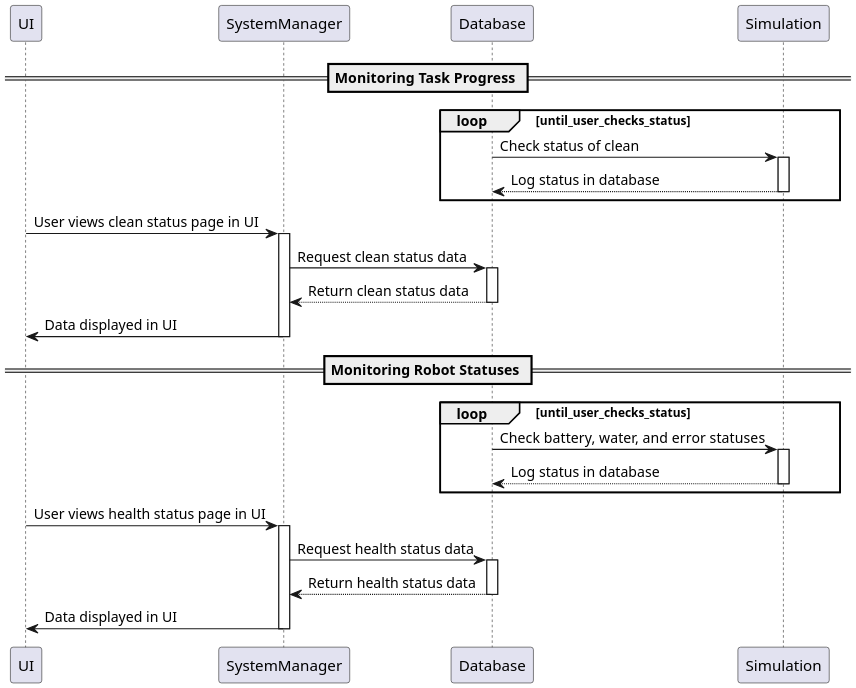
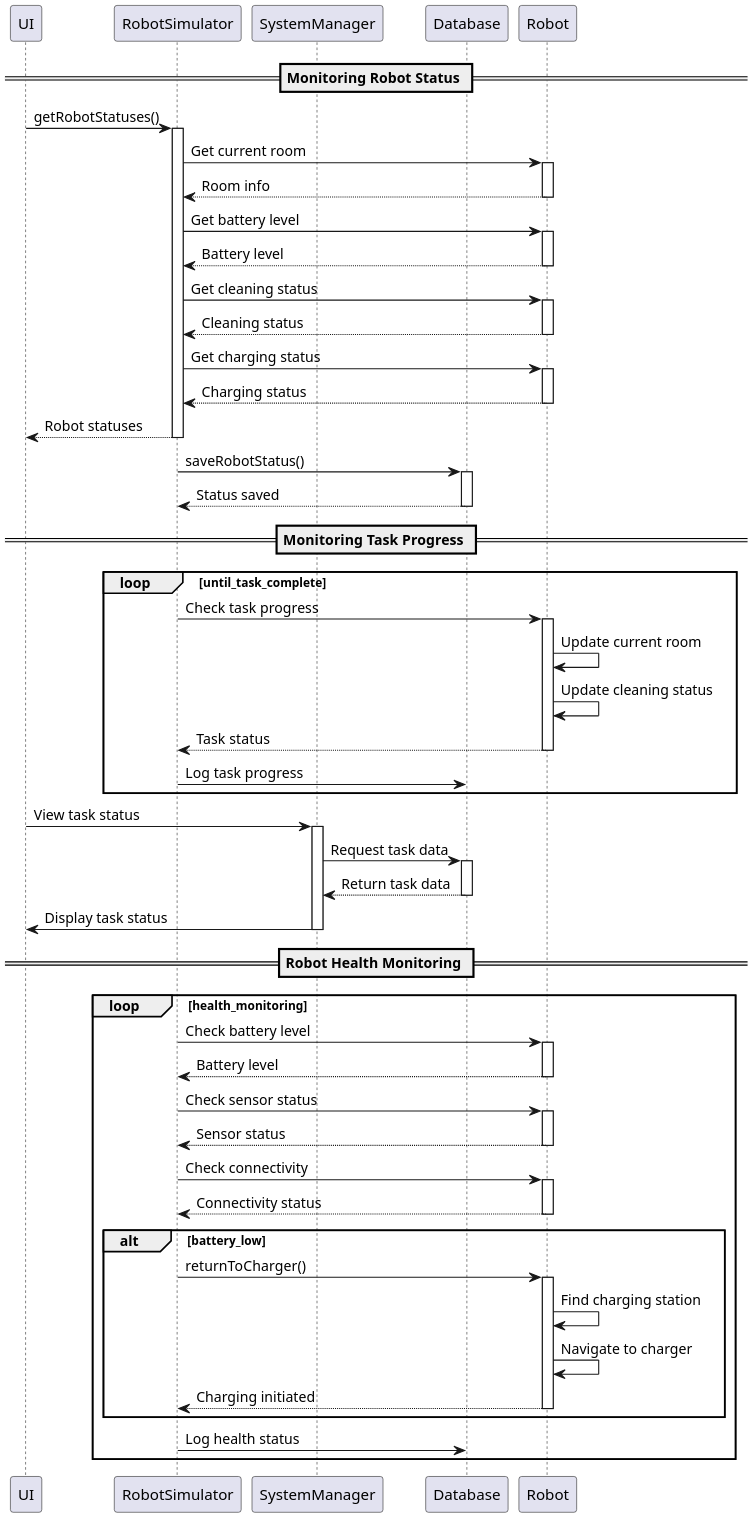
One commit to ur-swe-fa24/main-project-winners-inc changed the diagram in docs/design/SequenceDiagrams/SequenceDiagram_MonitoringStatus.puml. Above: the diagram before and after it, drawn with PlantUML. The commit also changed 19 other files, not shown here.

First line of the commit message:
docs: Update UML diagrams

```diff
--- a/docs/design/SequenceDiagrams/SequenceDiagram_MonitoringStatus.puml
+++ b/docs/design/SequenceDiagrams/SequenceDiagram_MonitoringStatus.puml
@@ -1,52 +1,84 @@
 @startuml MonitoringTasksAndStatuses
 skinparam dpi 200
 skinparam DefaultFontName Inconsolata
 
 ' Declare participants 
 participant UI
+participant RobotSimulator
 participant SystemManager
 participant Database
-participant Simulation
+participant Robot
+
+== Monitoring Robot Status ==
+
+' Get robot status
+UI -> RobotSimulator : getRobotStatuses()
+activate RobotSimulator
+RobotSimulator -> Robot : Get current room
+activate Robot
+return Room info
+RobotSimulator -> Robot : Get battery level
+activate Robot
+return Battery level
+RobotSimulator -> Robot : Get cleaning status
+activate Robot
+return Cleaning status
+RobotSimulator -> Robot : Get charging status
+activate Robot
+return Charging status
+return Robot statuses
+deactivate RobotSimulator
+
+' Save status to database
+RobotSimulator -> Database : saveRobotStatus()
+activate Database
+return Status saved
 
 == Monitoring Task Progress ==
 
-' Loop continuously checking the status of the clean (active, not active)
-loop until_user_checks_status
-    Database -> Simulation: Check status of clean
-    activate Simulation
-    return Log status in database
-    deactivate Simulation
+' Loop continuously checking the status of the clean
+loop until_task_complete
+    RobotSimulator -> Robot : Check task progress
+    activate Robot
+    Robot -> Robot : Update current room
+    Robot -> Robot : Update cleaning status
+    return Task status
+    RobotSimulator -> Database : Log task progress
 end
 
-' User views page in UI where clean status is displayed, so data is retrieved and displayed
-UI -> SystemManager : User views clean status page in UI
+' User views task status
+UI -> SystemManager : View task status
 activate SystemManager
-SystemManager -> Database : Request clean status data
+SystemManager -> Database : Request task data
 activate Database
-return Return clean status data
+return Return task data
 deactivate Database
-SystemManager -> UI : Data displayed in UI
+SystemManager -> UI : Display task status
 deactivate SystemManager
 
+== Robot Health Monitoring ==
 
-== Monitoring Robot Statuses ==
-
-' Loop continuously checking the health status of the robot (battery, water, errors)
-loop until_user_checks_status
-    Database -> Simulation: Check battery, water, and error statuses
-    activate Simulation
-    return Log status in database
-    deactivate Simulation
+' Loop continuously checking robot health
+loop health_monitoring
+    RobotSimulator -> Robot : Check battery level
+    activate Robot
+    return Battery level
+    RobotSimulator -> Robot : Check sensor status
+    activate Robot
+    return Sensor status
+    RobotSimulator -> Robot : Check connectivity
+    activate Robot
+    return Connectivity status
+    
+    alt battery_low
+        RobotSimulator -> Robot : returnToCharger()
+        activate Robot
+        Robot -> Robot : Find charging station
+        Robot -> Robot : Navigate to charger
+        return Charging initiated
+    end
+    
+    RobotSimulator -> Database : Log health status
 end
 
-' User views page in UI where health status is displayed, so data is retrieved and displayed
-UI -> SystemManager : User views health status page in UI
-activate SystemManager
-SystemManager -> Database : Request health status data
-activate Database
-return Return health status data
-deactivate Database
-SystemManager -> UI : Data displayed in UI
-deactivate SystemManager
-
 @enduml
```
